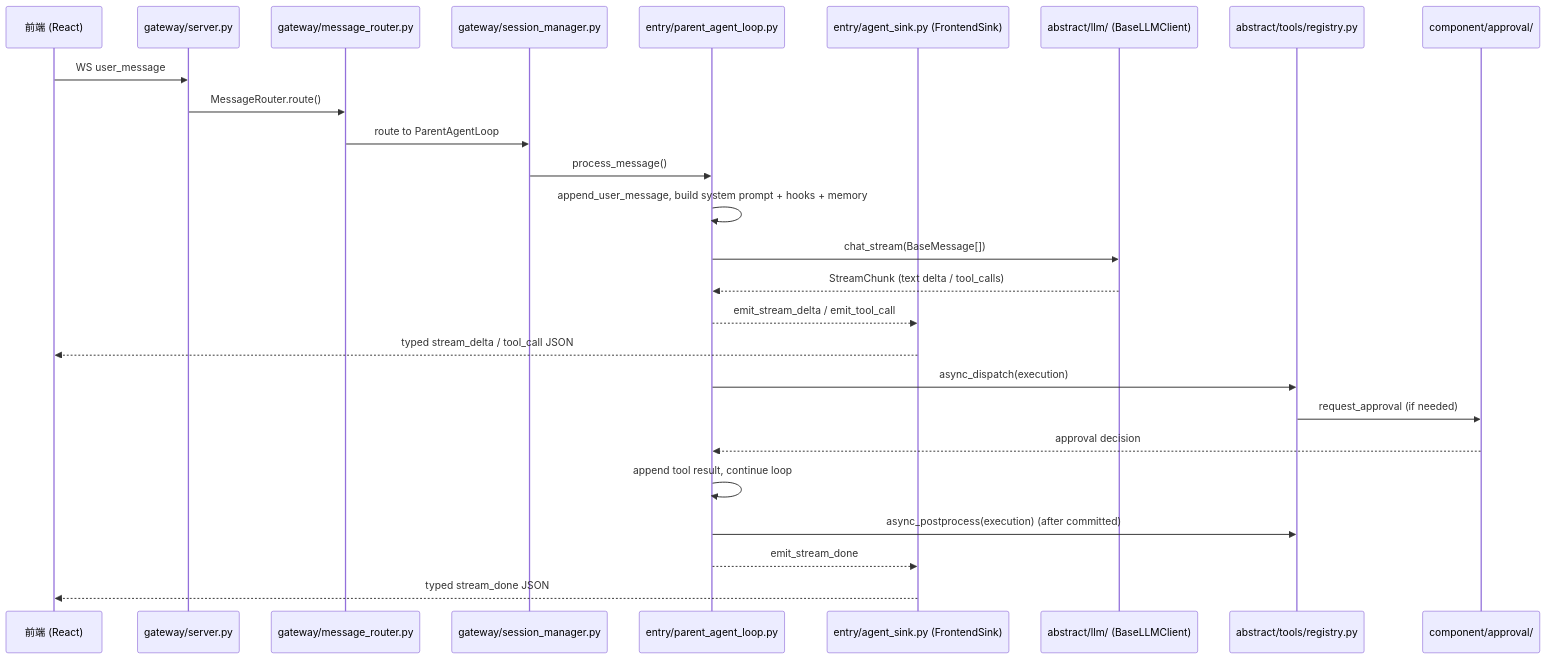
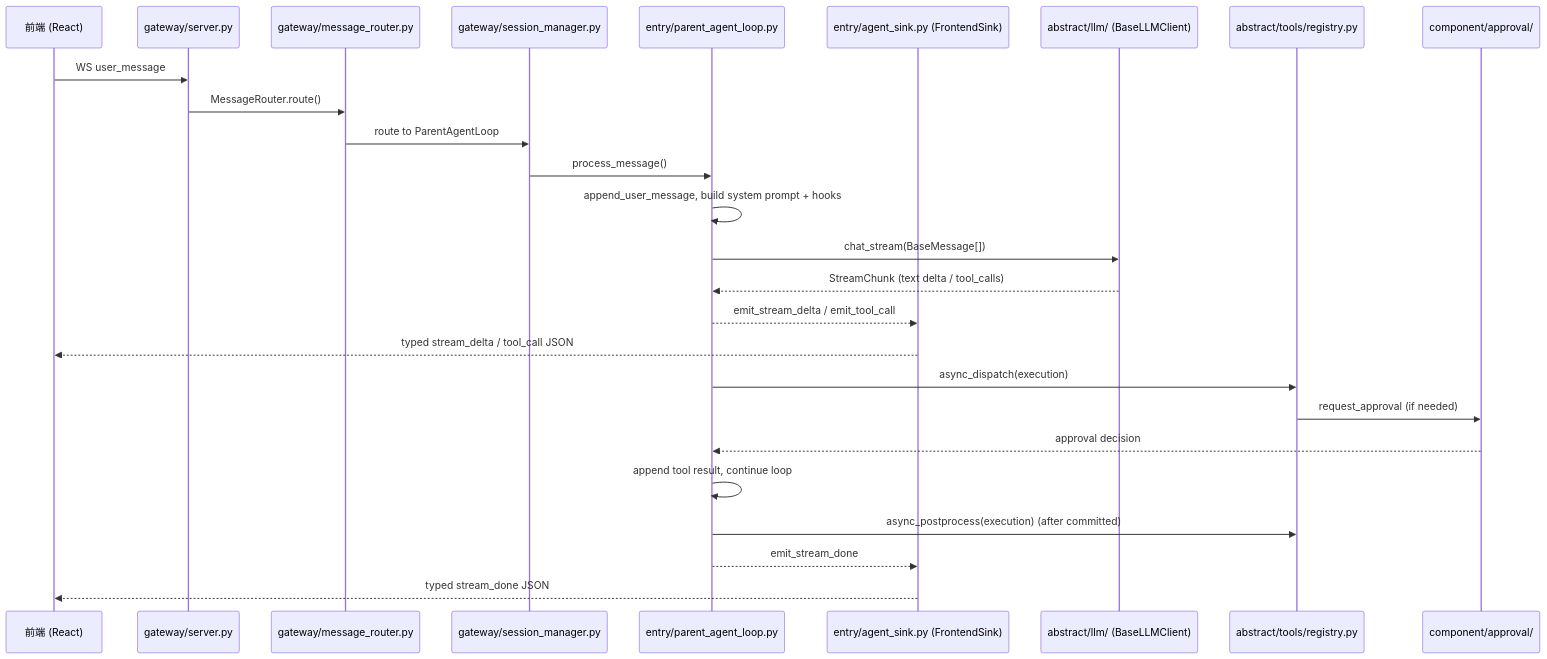
The diagram in DEV-README.md (NINEMINEsigma/evolve-agent), drawn with Mermaid before and after one commit. The commit also changed other lines of this file and 8 other files, not shown here.

````diff
--- a/DEV-README.md
+++ b/DEV-README.md
@@ -109,29 +109,29 @@
 ```mermaid
 sequenceDiagram
     participant FE as 前端 (React)
     participant GW as gateway/server.py
     participant MR as gateway/message_router.py
     participant SM as gateway/session_manager.py
     participant PAL as entry/parent_agent_loop.py
     participant FS as entry/agent_sink.py (FrontendSink)
     participant LLM as abstract/llm/ (BaseLLMClient)
     participant TR as abstract/tools/registry.py
     participant APP as component/approval/
 
     FE->>GW: WS user_message
     GW->>MR: MessageRouter.route()
     MR->>SM: route to ParentAgentLoop
     SM->>PAL: process_message()
-    PAL->>PAL: append_user_message, build system prompt + hooks + memory
+    PAL->>PAL: append_user_message, build system prompt + hooks
     PAL->>LLM: chat_stream(BaseMessage[])
     LLM-->>PAL: StreamChunk (text delta / tool_calls)
     PAL-->>FS: emit_stream_delta / emit_tool_call
     FS-->>FE: typed stream_delta / tool_call JSON
     PAL->>TR: async_dispatch(execution)
     TR->>APP: request_approval (if needed)
     APP-->>PAL: approval decision
     PAL->>PAL: append tool result, continue loop
     PAL->>TR: async_postprocess(execution) (after committed)
     PAL-->>FS: emit_stream_done
     FS-->>FE: typed stream_done JSON
 ```
````
